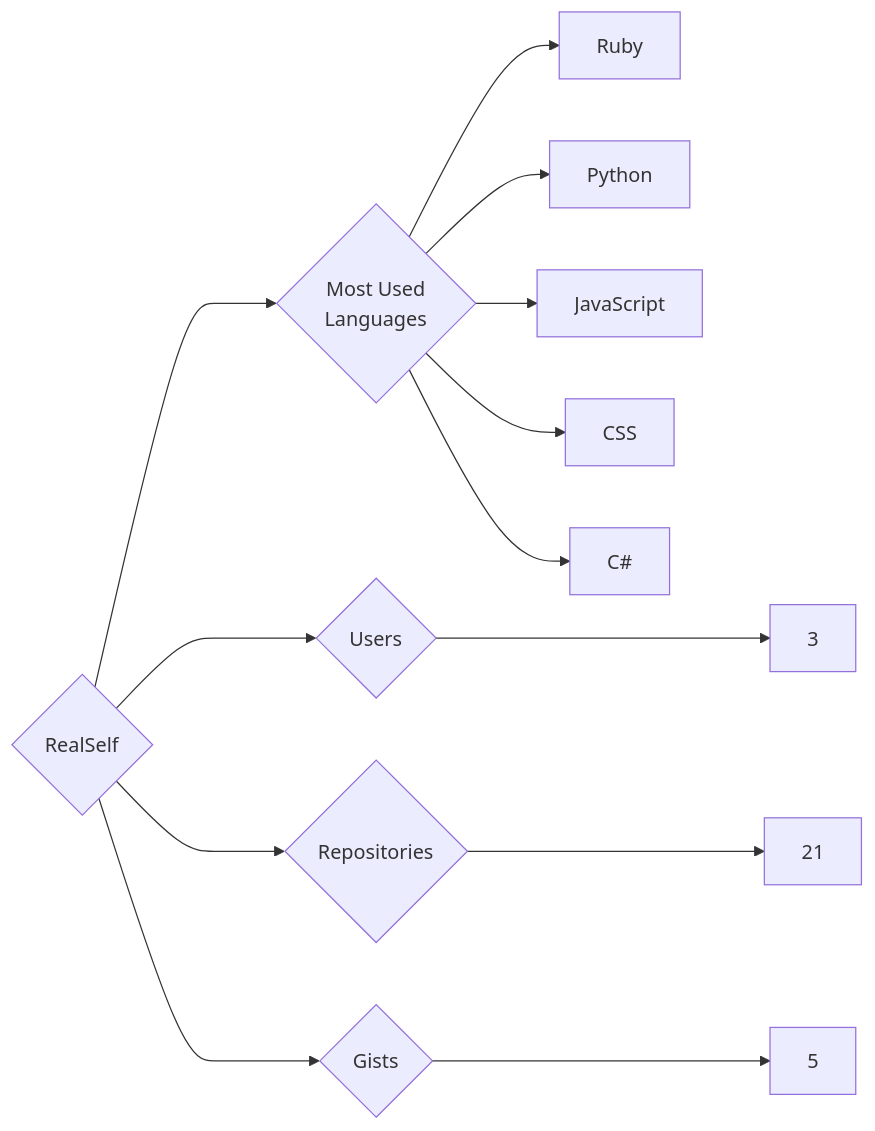
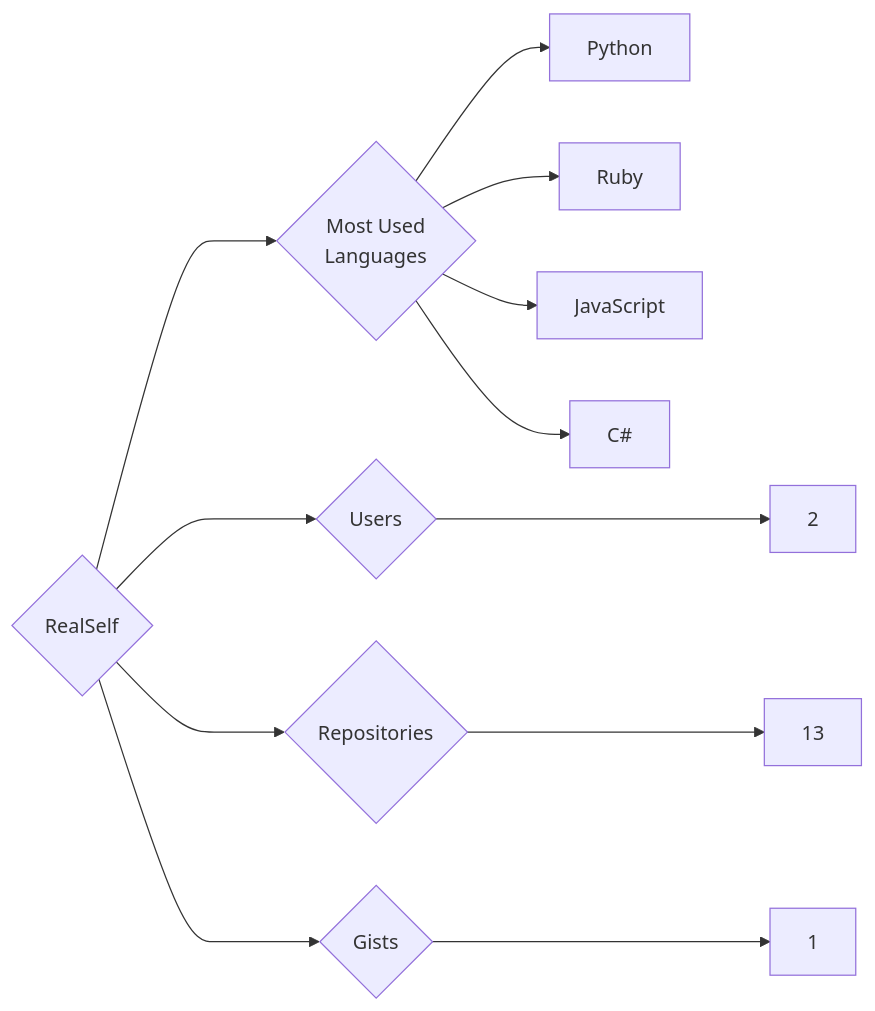
The diagram in targets/RealSelf/README.md (trickest/insiders), drawn with Mermaid before and after one commit. The commit also changed 748 other files, not shown here.

````diff
--- a/targets/RealSelf/README.md
+++ b/targets/RealSelf/README.md
@@ -3,13 +3,12 @@
 ```mermaid
 graph LR
 COMPANY_NAME{RealSelf}
-COMPANY_NAME ---> U{Users} ---> UN[3]
-COMPANY_NAME ---> R{Repositories} ---> RN[21]
-COMPANY_NAME ---> G{Gists} ---> GN[5]
+COMPANY_NAME ---> U{Users} ---> UN[2]
+COMPANY_NAME ---> R{Repositories} ---> RN[13]
+COMPANY_NAME ---> G{Gists} ---> GN[1]
 COMPANY_NAME ---> ML{Most Used<br>Languages}
+ML --> Python[Python]
 ML --> Ruby[Ruby]
-ML --> Python[Python]
 ML --> JavaScript[JavaScript]
-ML --> CSS[CSS]
 ML --> C#[C#]
 ```
````
